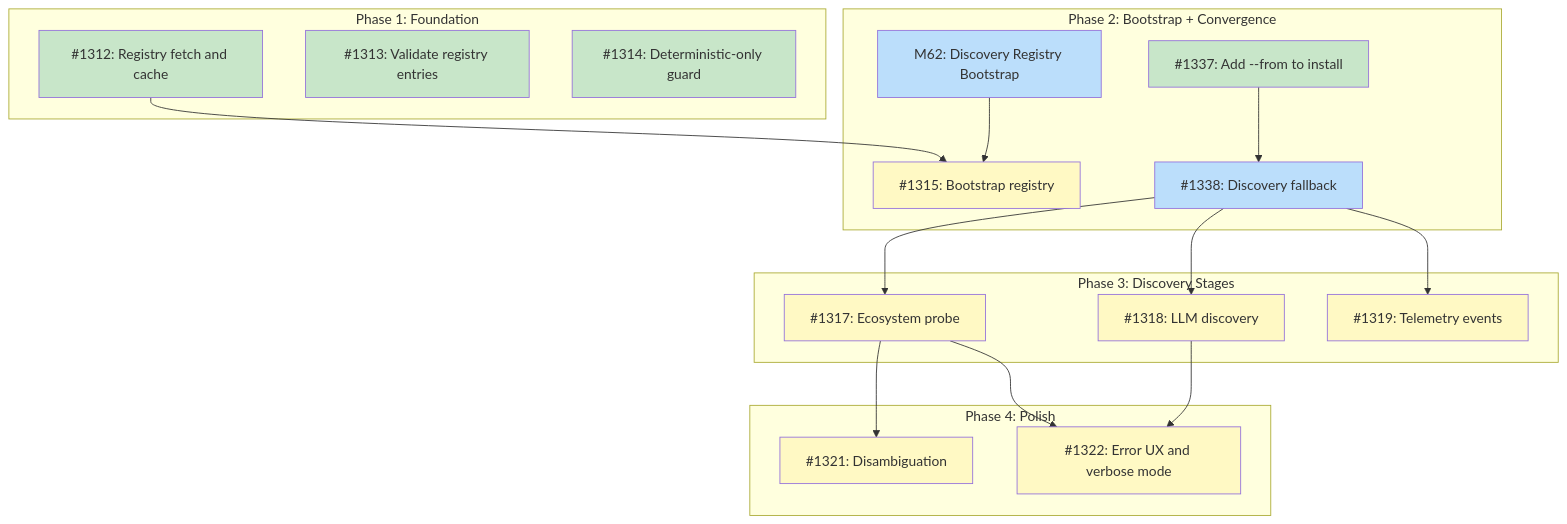
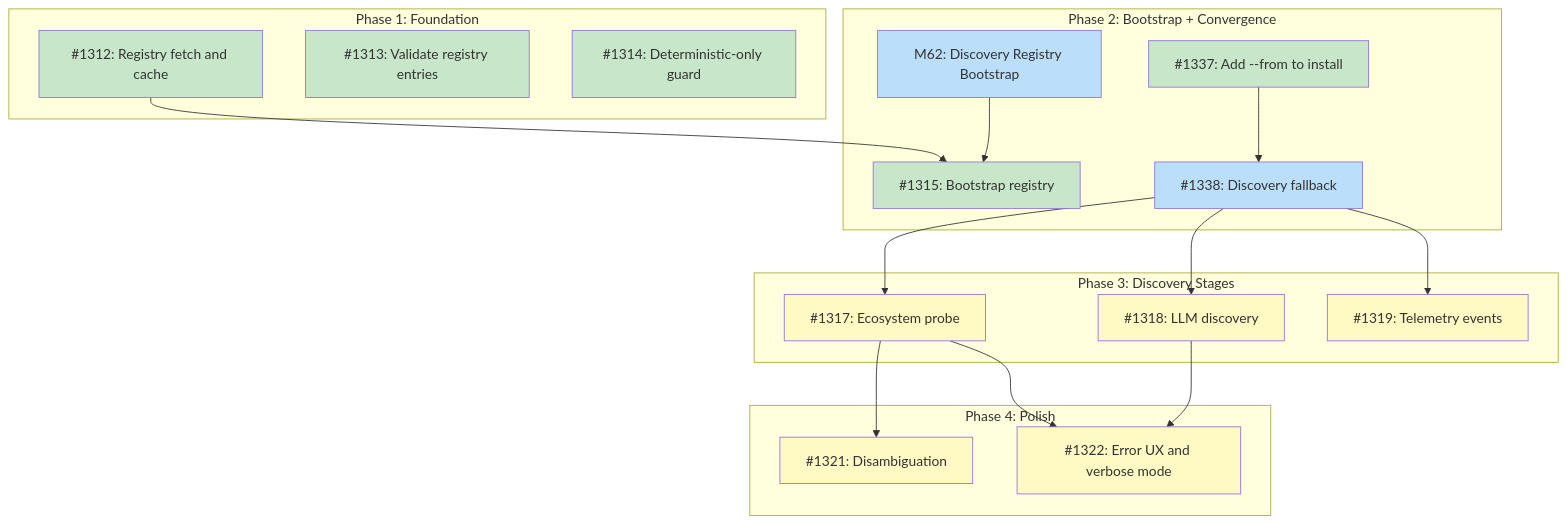
Before and after one commit to tsukumogami/tsuku: the diagram in docs/designs/DESIGN-discovery-resolver.md, drawn with Mermaid. The commit also changed other lines of this file, not shown here.

Commit message:
docs(discovery): mark #1315 as done in parent design

````diff
--- a/docs/designs/DESIGN-discovery-resolver.md
+++ b/docs/designs/DESIGN-discovery-resolver.md
@@ -61,49 +61,49 @@
 ```mermaid
 graph TD
     subgraph Phase1["Phase 1: Foundation"]
         I1312["#1312: Registry fetch and cache"]
         I1313["#1313: Validate registry entries"]
         I1314["#1314: Deterministic-only guard"]
     end
 
     subgraph Phase2["Phase 2: Bootstrap + Convergence"]
         M62["M62: Discovery Registry Bootstrap"]
         I1315["#1315: Bootstrap registry"]
         I1337["#1337: Add --from to install"]
         I1338["#1338: Discovery fallback"]
     end
 
     subgraph Phase3["Phase 3: Discovery Stages"]
         I1317["#1317: Ecosystem probe"]
         I1318["#1318: LLM discovery"]
         I1319["#1319: Telemetry events"]
     end
 
     subgraph Phase4["Phase 4: Polish"]
         I1321["#1321: Disambiguation"]
         I1322["#1322: Error UX and verbose mode"]
     end
 
     I1312 --> I1315
     M62 --> I1315
     I1337 --> I1338
     I1338 --> I1317
     I1338 --> I1318
     I1338 --> I1319
     I1317 --> I1321
     I1317 --> I1322
     I1318 --> I1322
 
     classDef done fill:#c8e6c9
     classDef ready fill:#bbdefb
     classDef blocked fill:#fff9c4
     classDef needsDesign fill:#e1bee7
 
     class I1312,I1313,I1314 done
     class I1337 done
     class I1338 ready
     class I1319 blocked
     class M62 ready
-    class I1315 blocked
+    class I1315 done
     class I1317,I1318,I1321,I1322 blocked
 ```
````
